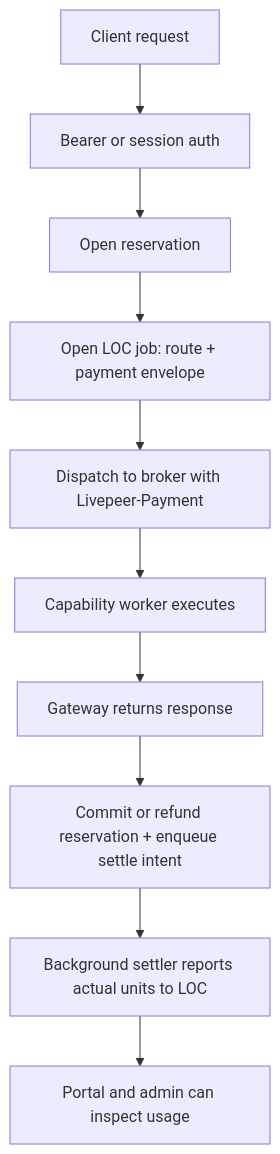
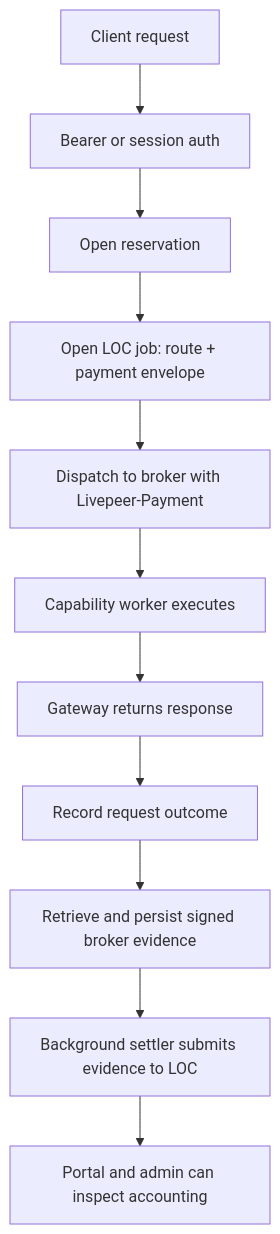
Before and after one commit to Cloud-SPE/livepeer-modules-openai-gateway: the second of 4 diagrams in README.md, drawn with Mermaid. The commit also changed other lines of this file and 15 other files, not shown here.

````diff
--- a/README.md
+++ b/README.md
@@ -105,12 +104,13 @@
 ```mermaid
 flowchart TD
   A[Client request] --> B[Bearer or session auth]
   B --> C[Open reservation]
   C --> D[Open LOC job: route + payment envelope]
   D --> F[Dispatch to broker with Livepeer-Payment]
   F --> G[Capability worker executes]
   G --> H[Gateway returns response]
-  H --> I[Commit or refund reservation + enqueue settle intent]
-  I --> K[Background settler reports actual units to LOC]
-  K --> J[Portal and admin can inspect usage]
+  H --> I[Record request outcome]
+  I --> K[Retrieve and persist signed broker evidence]
+  K --> L[Background settler submits evidence to LOC]
+  L --> J[Portal and admin can inspect accounting]
 ```
````
